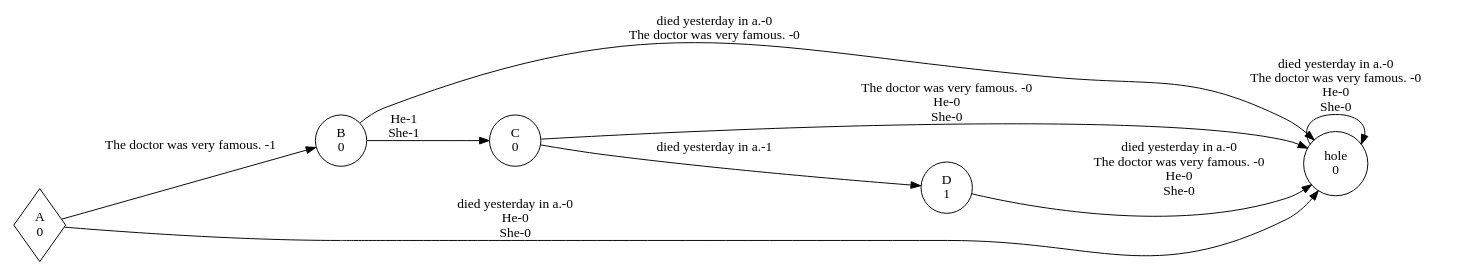
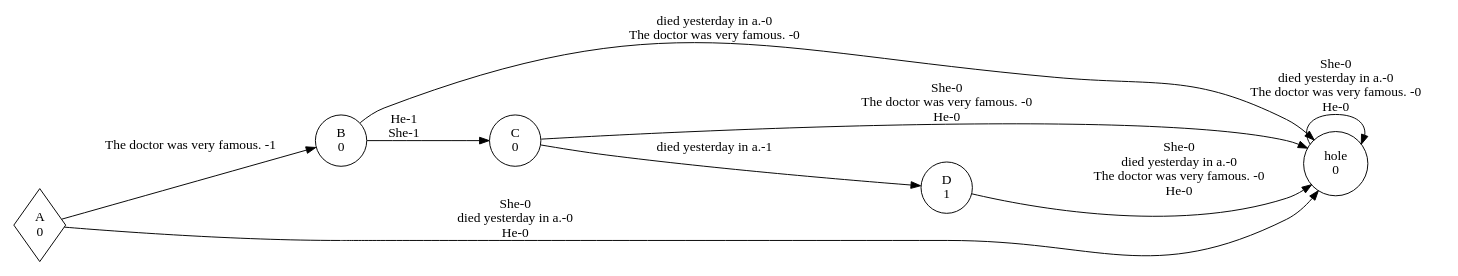
Before and after one commit to kidnixt/pdfa_extraction: the diagram in EXPERIMENT_doctor_post_branching/DOCTOR_WFA_4.dot, drawn with Graphviz. The commit also changed 31 other files, not shown here.

```diff
--- a/EXPERIMENT_doctor_post_branching/DOCTOR_WFA_4.dot
+++ b/EXPERIMENT_doctor_post_branching/DOCTOR_WFA_4.dot
@@ -1,34 +1,34 @@
 digraph weighted_automaton {
 	margin=0 rankdir=LR size=15
 	node [shape=circle]
 	A [label="A
 0" shape=diamond]
 	A -> B [label="The doctor was very famous. -1"]
-	A -> hole [label="died yesterday in a.-0
-He-0
-She-0"]
+	A -> hole [label="She-0
+died yesterday in a.-0
+He-0"]
 	B [label="B
 0"]
 	B -> C [label="He-1
 She-1"]
 	B -> hole [label="died yesterday in a.-0
 The doctor was very famous. -0"]
 	C [label="C
 0"]
 	C -> D [label="died yesterday in a.-1"]
-	C -> hole [label="The doctor was very famous. -0
-He-0
-She-0"]
+	C -> hole [label="She-0
+The doctor was very famous. -0
+He-0"]
 	D [label="D
 1"]
-	D -> hole [label="died yesterday in a.-0
+	D -> hole [label="She-0
+died yesterday in a.-0
 The doctor was very famous. -0
-He-0
-She-0"]
+He-0"]
 	hole [label="hole
 0"]
-	hole -> hole [label="died yesterday in a.-0
+	hole -> hole [label="She-0
+died yesterday in a.-0
 The doctor was very famous. -0
-He-0
-She-0"]
+He-0"]
 }
```
